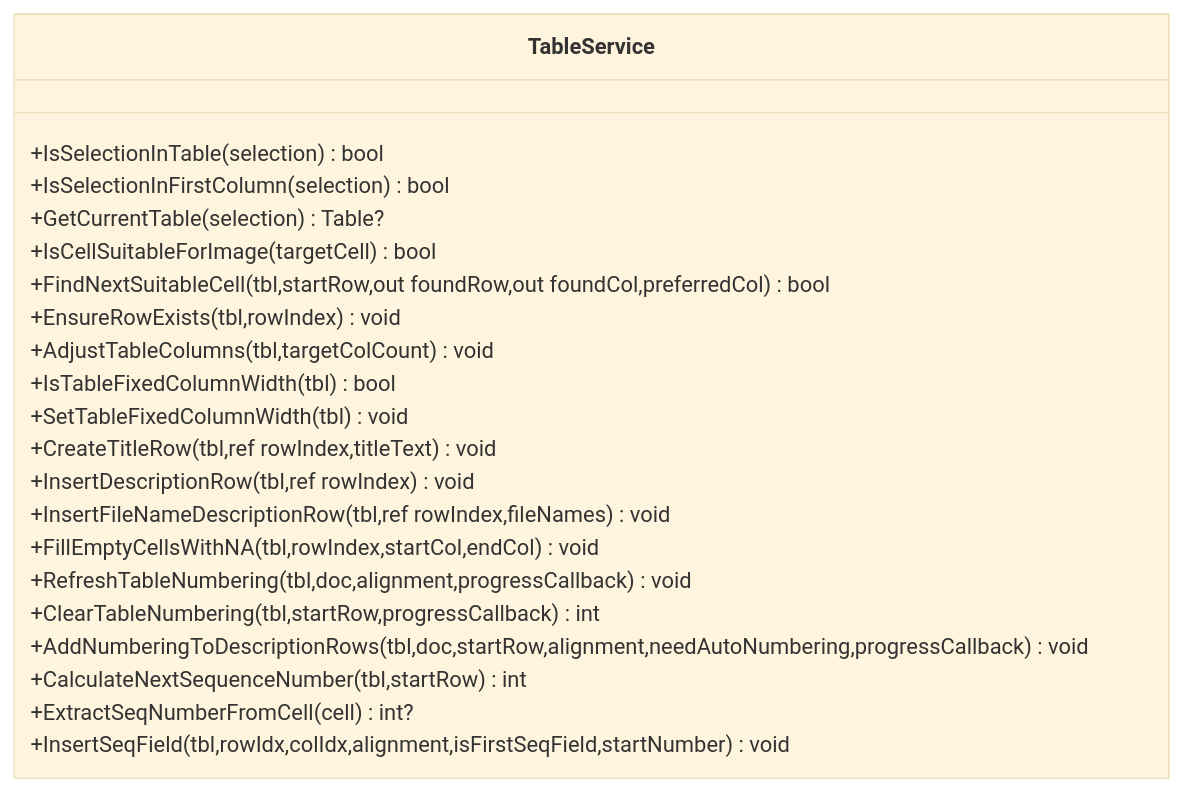
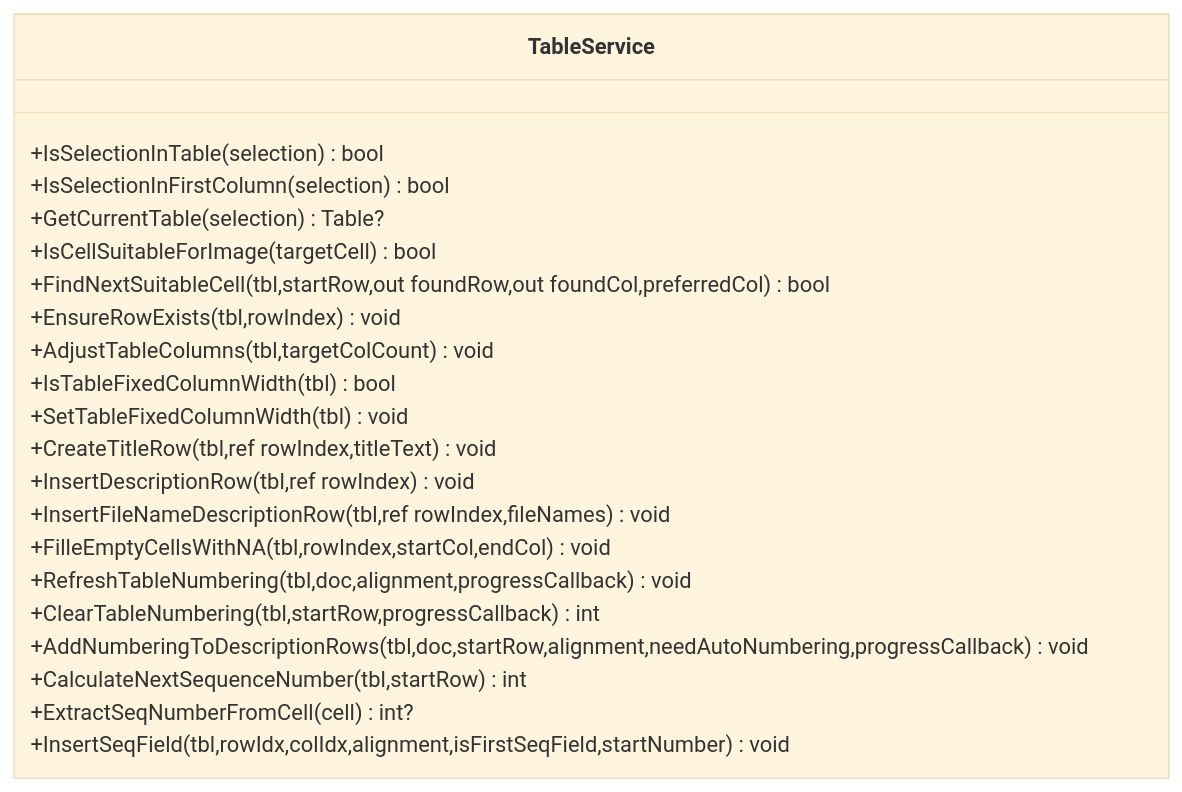
One commit to rainiva/WordTools changed the third of 12 diagrams in .qoder/repowiki/zh/content/服务层/表格服务.md. Above: the diagram before and after it, drawn with Mermaid (base theme). The commit also changed other lines of this file and 4 other files, not shown here.

````diff
--- a/.qoder/repowiki/zh/content/服务层/表格服务.md
+++ b/.qoder/repowiki/zh/content/服务层/表格服务.md
@@ -173,24 +181,24 @@
 ```mermaid
 classDiagram
 class TableService {
 +IsSelectionInTable(selection) bool
 +IsSelectionInFirstColumn(selection) bool
 +GetCurrentTable(selection) Table?
 +IsCellSuitableForImage(targetCell) bool
 +FindNextSuitableCell(tbl,startRow,out foundRow,out foundCol,preferredCol) bool
 +EnsureRowExists(tbl,rowIndex) void
 +AdjustTableColumns(tbl,targetColCount) void
 +IsTableFixedColumnWidth(tbl) bool
 +SetTableFixedColumnWidth(tbl) void
 +CreateTitleRow(tbl,ref rowIndex,titleText) void
 +InsertDescriptionRow(tbl,ref rowIndex) void
 +InsertFileNameDescriptionRow(tbl,ref rowIndex,fileNames) void
-+FillEmptyCellsWithNA(tbl,rowIndex,startCol,endCol) void
++FilleEmptyCellsWithNA(tbl,rowIndex,startCol,endCol) void
 +RefreshTableNumbering(tbl,doc,alignment,progressCallback) void
 +ClearTableNumbering(tbl,startRow,progressCallback) int
 +AddNumberingToDescriptionRows(tbl,doc,startRow,alignment,needAutoNumbering,progressCallback) void
 +CalculateNextSequenceNumber(tbl,startRow) int
 +ExtractSeqNumberFromCell(cell) int?
 +InsertSeqField(tbl,rowIdx,colIdx,alignment,isFirstSeqField,startNumber) void
 }
 ```
````
